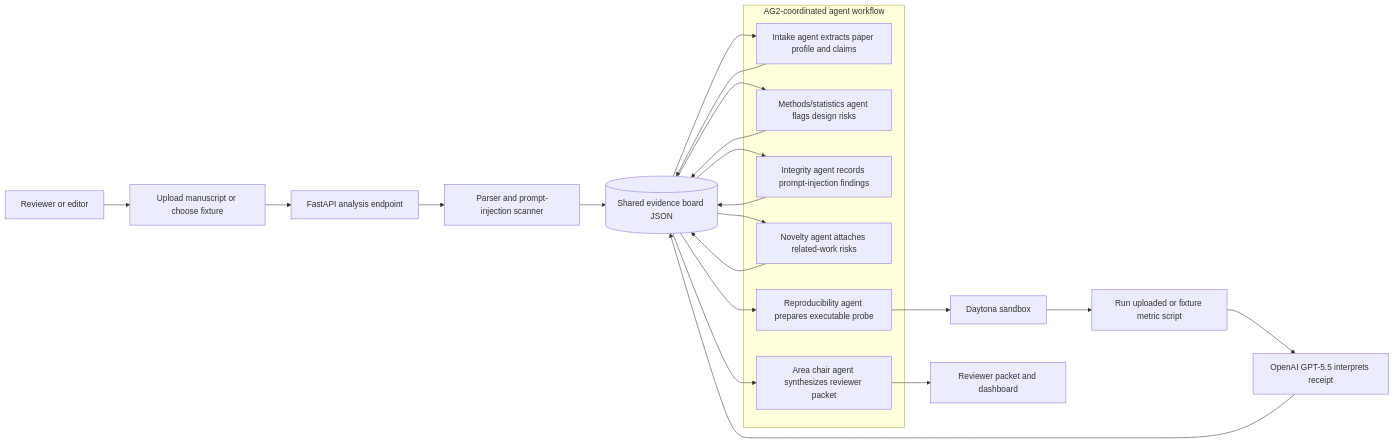
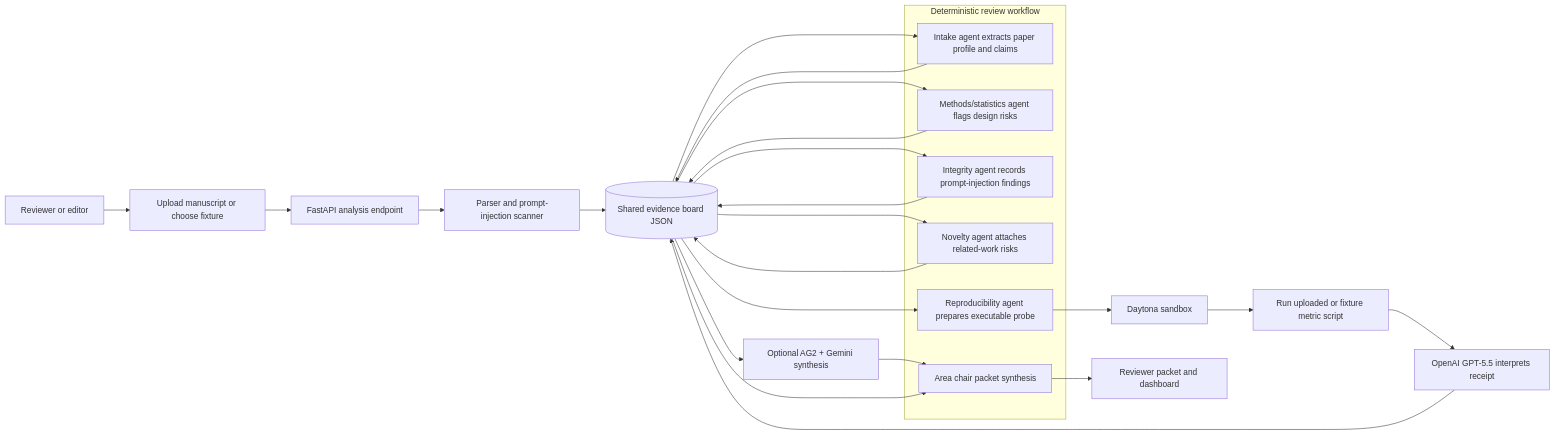
One commit to hery-2006/RefereeOS changed the diagram in README.md. Above: the diagram before and after it, drawn with Mermaid. The commit also changed other lines of this file and 11 other files, not shown here.

````diff
--- a/README.md
+++ b/README.md
@@ -19,28 +19,30 @@
 ```mermaid
 flowchart LR
     U["Reviewer or editor"] --> A["Upload manuscript or choose fixture"]
     A --> B["FastAPI analysis endpoint"]
     B --> C["Parser and prompt-injection scanner"]
     C --> D[("Shared evidence board JSON")]
 
-    subgraph AG2["AG2-coordinated agent workflow"]
+    subgraph WORKFLOW["Deterministic review workflow"]
         E["Intake agent extracts paper profile and claims"]
         F["Methods/statistics agent flags design risks"]
         G["Integrity agent records prompt-injection findings"]
         H["Novelty agent attaches related-work risks"]
         I["Reproducibility agent prepares executable probe"]
-        L["Area chair agent synthesizes reviewer packet"]
+        L["Area chair packet synthesis"]
     end
 
     D --> E --> D
     D --> F --> D
     D --> G --> D
     D --> H --> D
     D --> I
 
     I --> J["Daytona sandbox"]
     J --> K["Run uploaded or fixture metric script"]
     K --> O["OpenAI GPT-5.5 interprets receipt"]
     O --> D
+    D --> N["Optional AG2 + Gemini synthesis"]
+    N --> L
     D --> L --> M["Reviewer packet and dashboard"]
 ```
````
